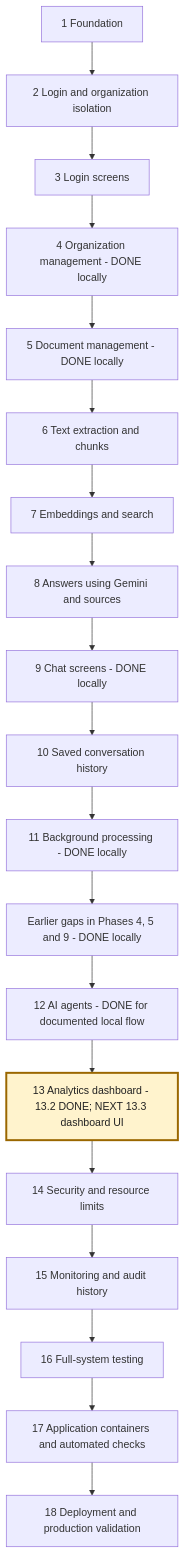
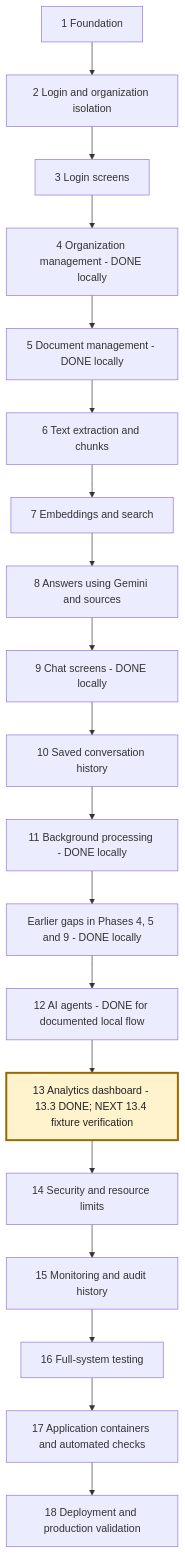
One commit to msdian0007/nexaAi changed the second of 5 diagrams in NEXAAI_ROADMAP.md. Above: the diagram before and after it, drawn with Mermaid. The commit also changed other lines of this file and 22 other files, not shown here.

Commit message:
dashboard cards, dates and chart

````diff
--- a/NEXAAI_ROADMAP.md
+++ b/NEXAAI_ROADMAP.md
@@ -190,22 +191,22 @@
 ```mermaid
 flowchart TD
     A[1 Foundation] --> B[2 Login and organization isolation]
     B --> C[3 Login screens]
     C --> D[4 Organization management - DONE locally]
     D --> E[5 Document management - DONE locally]
     E --> F[6 Text extraction and chunks]
     F --> G[7 Embeddings and search]
     G --> H[8 Answers using Gemini and sources]
     H --> I[9 Chat screens - DONE locally]
     I --> J[10 Saved conversation history]
     J --> K[11 Background processing - DONE locally]
     K --> L[Earlier gaps in Phases 4, 5 and 9 - DONE locally]
     L --> M[12 AI agents - DONE for documented local flow]
-    M --> N[13 Analytics dashboard - 13.2 DONE; NEXT 13.3 dashboard UI]
+    M --> N[13 Analytics dashboard - 13.3 DONE; NEXT 13.4 fixture verification]
     N --> O[14 Security and resource limits]
     O --> P[15 Monitoring and audit history]
     P --> Q[16 Full-system testing]
     Q --> R[17 Application containers and automated checks]
     R --> S[18 Deployment and production validation]
     style N fill:#fff3cd,stroke:#9a6700,stroke-width:3px,color:#222
 ```
````
